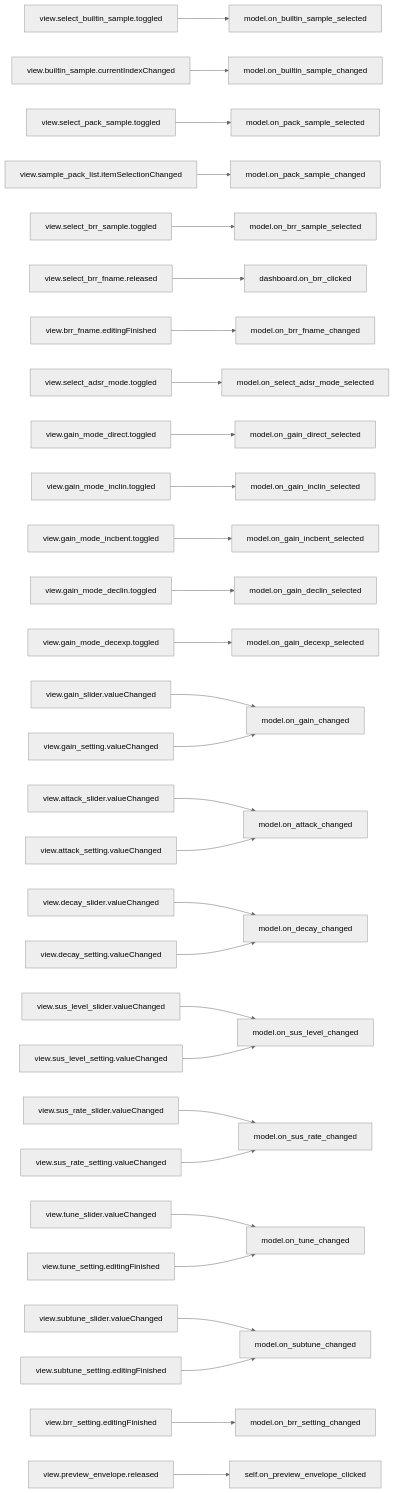
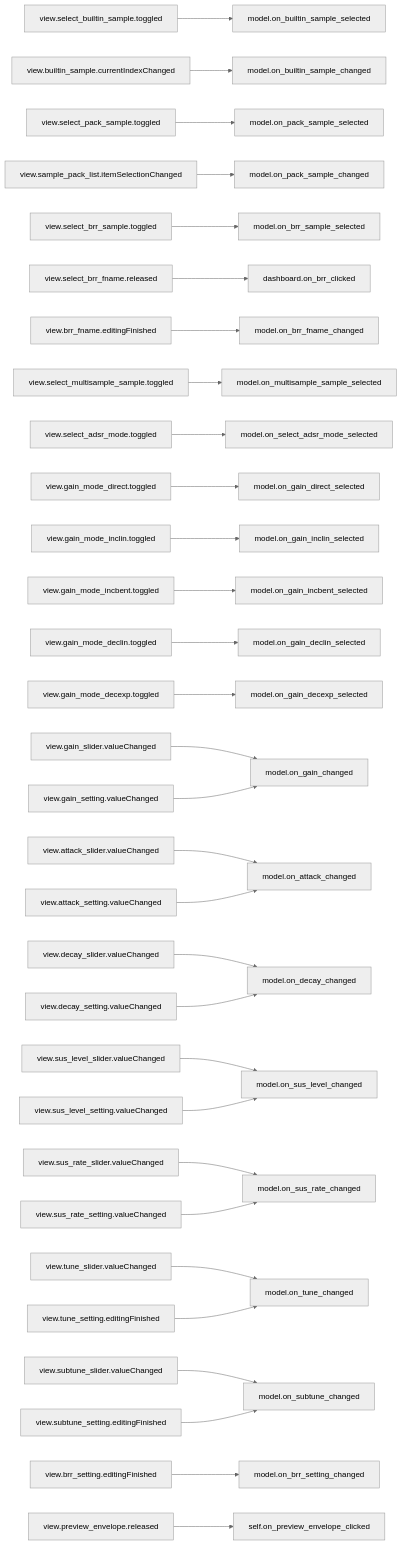
The seventh of 9 diagrams in doc/source/dashboard_signal_slot_map.rst (com-posers-pit/smw_music), drawn with Mermaid (neutral theme) before and after one commit. The commit also changed 5 other files, not shown here.

```diff
--- a/doc/source/dashboard_signal_slot_map.rst
+++ b/doc/source/dashboard_signal_slot_map.rst
@@ -154,32 +154,33 @@
 .. mermaid::
 
    flowchart LR
       view.select_builtin_sample.toggled --> model.on_builtin_sample_selected
       view.builtin_sample.currentIndexChanged --> model.on_builtin_sample_changed
       view.select_pack_sample.toggled --> model.on_pack_sample_selected
       view.sample_pack_list.itemSelectionChanged --> model.on_pack_sample_changed
       view.select_brr_sample.toggled --> model.on_brr_sample_selected
       view.select_brr_fname.released --> dashboard.on_brr_clicked
       view.brr_fname.editingFinished --> model.on_brr_fname_changed
+      view.select_multisample_sample.toggled --> model.on_multisample_sample_selected
       view.select_adsr_mode.toggled --> model.on_select_adsr_mode_selected
       view.gain_mode_direct.toggled --> model.on_gain_direct_selected
       view.gain_mode_inclin.toggled --> model.on_gain_inclin_selected
       view.gain_mode_incbent.toggled --> model.on_gain_incbent_selected
       view.gain_mode_declin.toggled --> model.on_gain_declin_selected
       view.gain_mode_decexp.toggled --> model.on_gain_decexp_selected
       view.gain_slider.valueChanged --> model.on_gain_changed
       view.gain_setting.valueChanged --> model.on_gain_changed
       view.attack_slider.valueChanged --> model.on_attack_changed
       view.attack_setting.valueChanged --> model.on_attack_changed
       view.decay_slider.valueChanged --> model.on_decay_changed
       view.decay_setting.valueChanged --> model.on_decay_changed
       view.sus_level_slider.valueChanged --> model.on_sus_level_changed
       view.sus_level_setting.valueChanged --> model.on_sus_level_changed
       view.sus_rate_slider.valueChanged --> model.on_sus_rate_changed
       view.sus_rate_setting.valueChanged --> model.on_sus_rate_changed
       view.tune_slider.valueChanged --> model.on_tune_changed
       view.tune_setting.editingFinished --> model.on_tune_changed
       view.subtune_slider.valueChanged --> model.on_subtune_changed
       view.subtune_setting.editingFinished --> model.on_subtune_changed
       view.brr_setting.editingFinished --> model.on_brr_setting_changed
       view.preview_envelope.released --> self.on_preview_envelope_clicked
```
